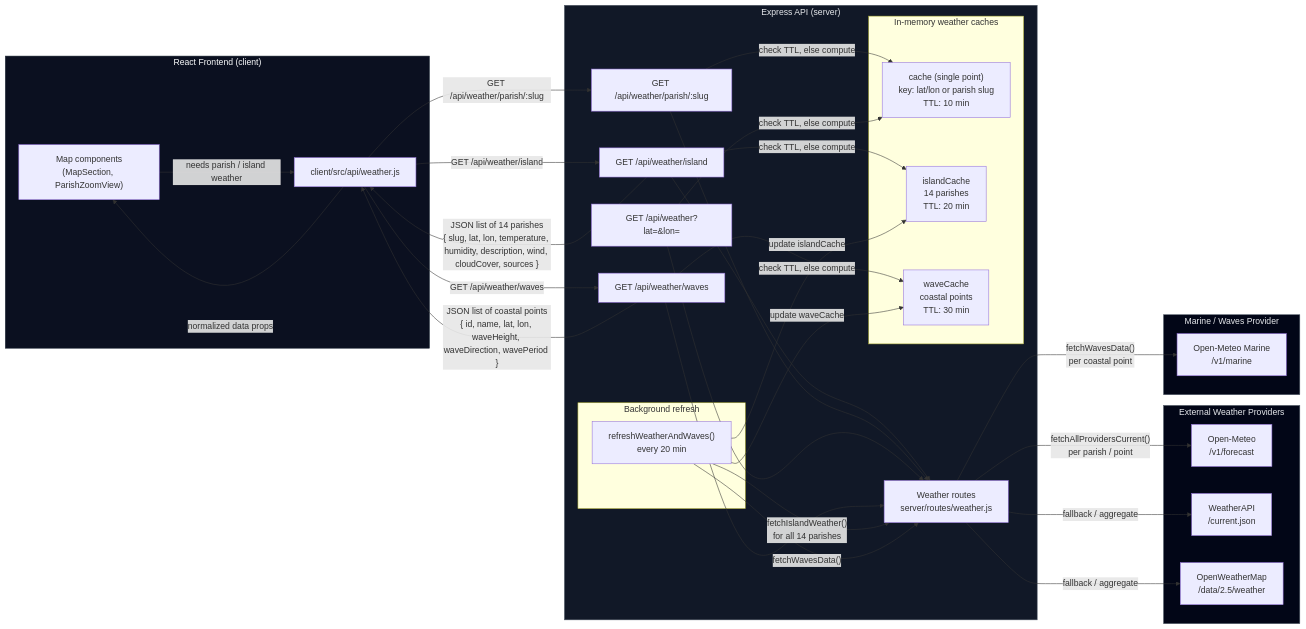
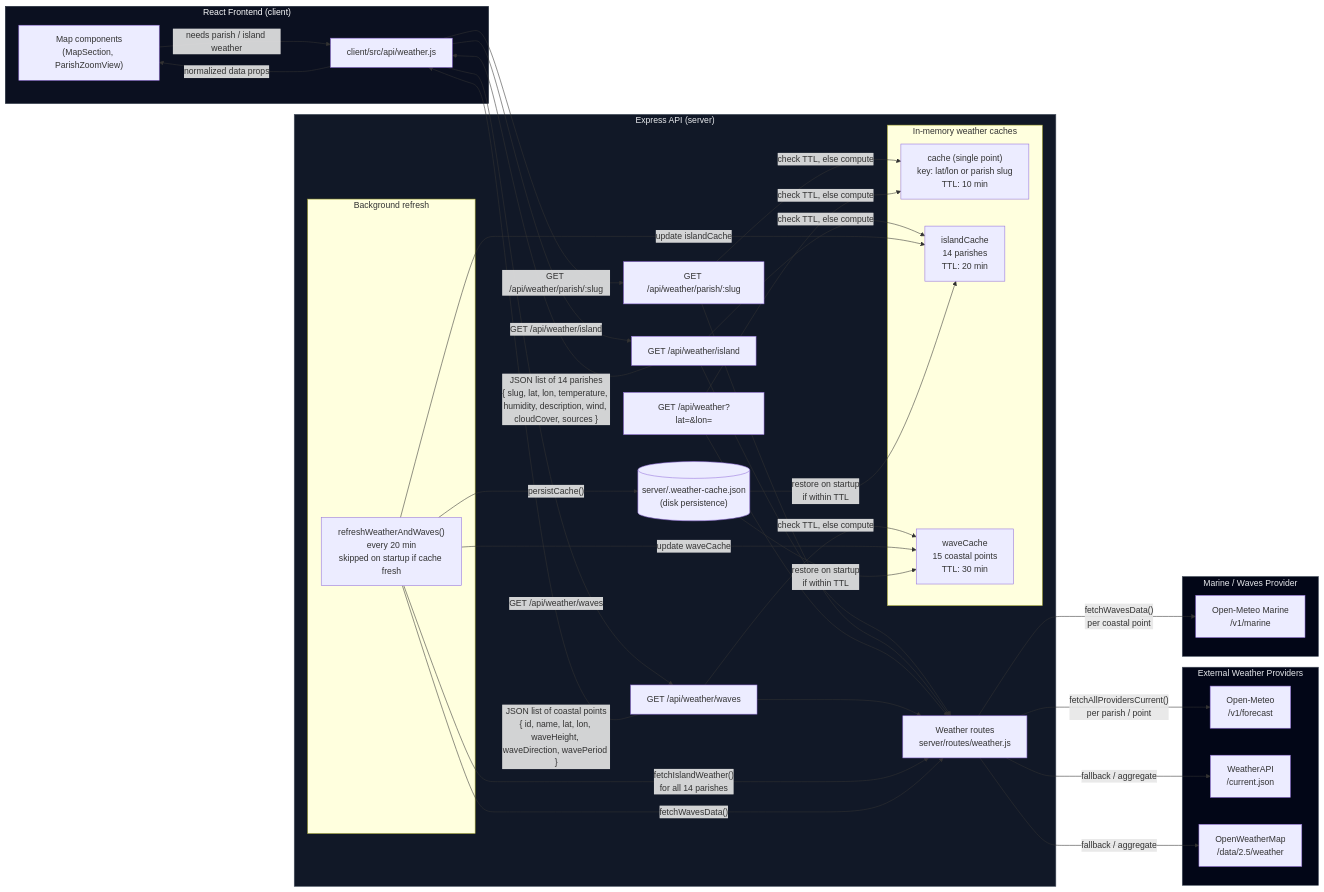
Before and after one commit to becomeonewiththecode/jamaica-parish-explorer: the diagram in docs/WEATHER-WAVES-DIAGRAM.md, drawn with Mermaid. The commit also changed 2 other files, not shown here.

Commit message:
Update diagrams to reflect disk-persisted caches and wave provider separation
- Weather/waves diagram: add disk cache node, persist/restore flows, startup skip
- Flight diagram: split into scheduled/live/route caches, add disk persistence
- Status board diagram: add waveProviders to /api/health response

```diff
--- a/docs/WEATHER-WAVES-DIAGRAM.md
+++ b/docs/WEATHER-WAVES-DIAGRAM.md
@@ -21,11 +21,13 @@
     subgraph WeatherCache["In-memory weather caches"]
       PointCache["cache (single point)<br/>key: lat/lon or parish slug<br/>TTL: 10 min"]
       IslandCache["islandCache<br/>14 parishes<br/>TTL: 20 min"]
-      WaveCache["waveCache<br/>coastal points<br/>TTL: 30 min"]
+      WaveCache["waveCache<br/>15 coastal points<br/>TTL: 30 min"]
     end
 
+    DiskCache[("server/.weather-cache.json<br/>(disk persistence)")]
+
     subgraph WeatherJobs["Background refresh"]
-      RefreshTask["refreshWeatherAndWaves()<br/>every 20 min"]
+      RefreshTask["refreshWeatherAndWaves()<br/>every 20 min<br/>skipped on startup if cache fresh"]
     end
   end
 
@@ -71,6 +73,11 @@
   RefreshTask -->|"fetchWavesData()"| WeatherRoutes
   RefreshTask -->|"update waveCache"| WaveCache
 
+  %% Disk persistence: written after each refresh, restored on startup
+  RefreshTask -->|"persistCache()"| DiskCache
+  DiskCache -->|"restore on startup<br/>if within TTL"| IslandCache
+  DiskCache -->|"restore on startup<br/>if within TTL"| WaveCache
+
   %% Data back to frontend map
   IslandEndpoint -->|"JSON list of 14 parishes<br/>{ slug, lat, lon, temperature, humidity, description, wind, cloudCover, sources }"| WeatherApiClient
   WavesEndpoint -->|"JSON list of coastal points<br/>{ id, name, lat, lon, waveHeight, waveDirection, wavePeriod }"| WeatherApiClient
```
